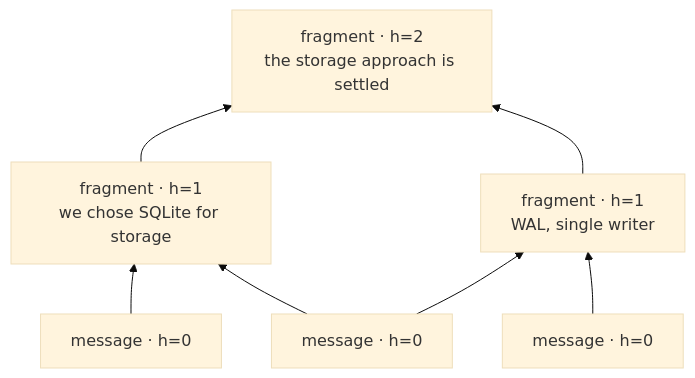
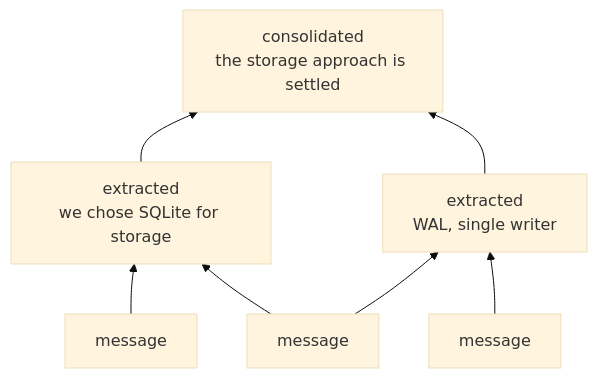
The second of 11 diagrams in docs/plans/memory-and-groups.md (Alorcus/agent_project), drawn with Mermaid (base theme) before and after one commit. The commit also changed other lines of this file, not shown here.

````diff
--- a/docs/plans/memory-and-groups.md
+++ b/docs/plans/memory-and-groups.md
@@ -115,15 +116,15 @@
 ```mermaid
 flowchart BT
-    m1["message · h=0"]
-    m2["message · h=0"]
-    m3["message · h=0"]
-    f1["fragment · h=1<br/>we chose SQLite for storage"]
-    f2["fragment · h=1<br/>WAL, single writer"]
-    f3["fragment · h=2<br/>the storage approach is settled"]
+    m1["message"]
+    m2["message"]
+    m3["message"]
+    f1["extracted<br/>we chose SQLite for storage"]
+    f2["extracted<br/>WAL, single writer"]
+    f3["consolidated<br/>the storage approach is settled"]
     m1 --> f1
     m2 --> f1
     m2 --> f2
     m3 --> f2
     f1 --> f3
     f2 --> f3
 ```
````
